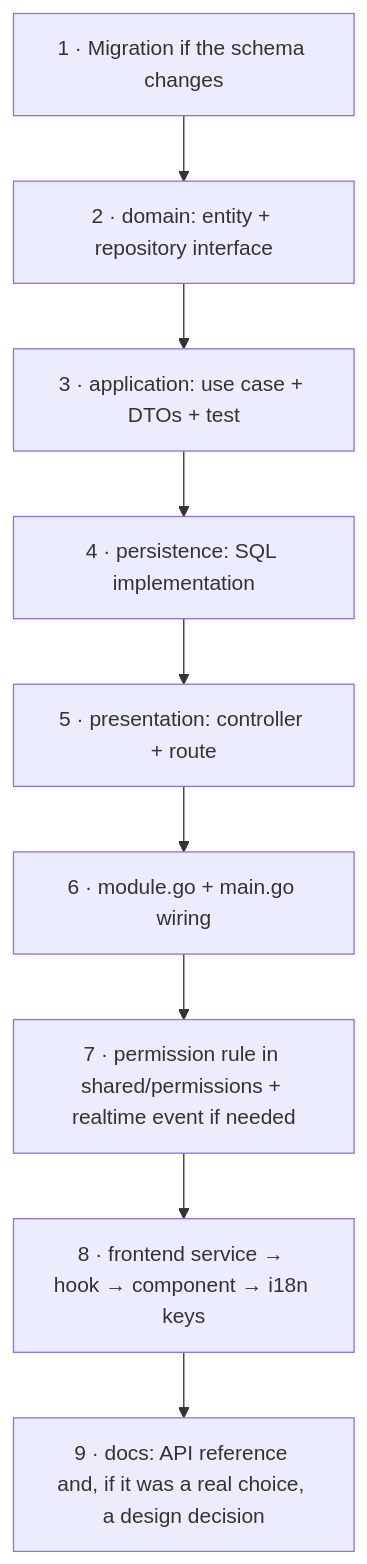
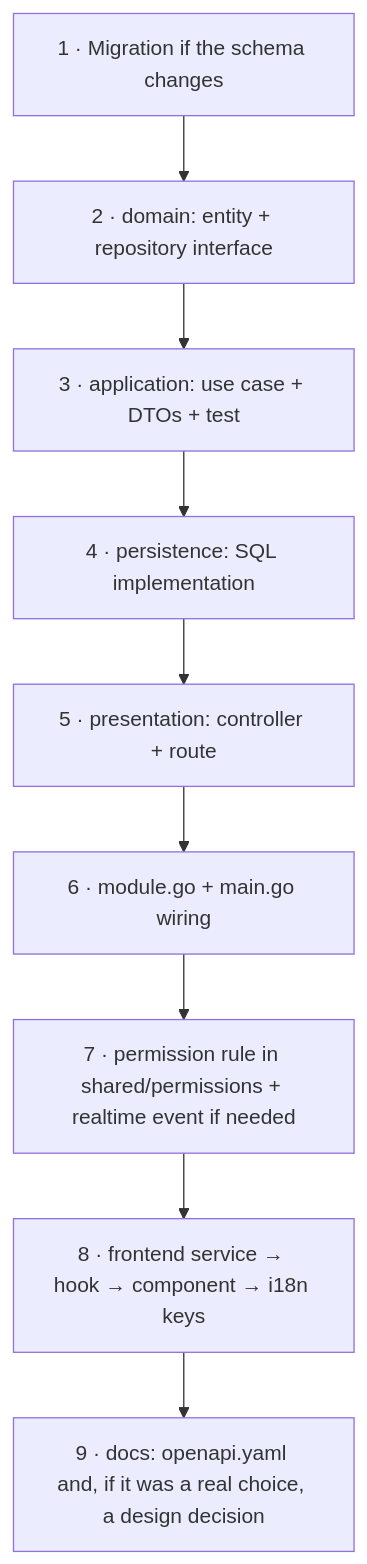
One commit to TonyGLL/webchat changed the second of 2 diagrams in docs/en/contributing.md. Above: the diagram before and after it, drawn with Mermaid. The commit also changed other lines of this file and 15 other files, not shown here.

Commit message:
OpenAPI 3.1 contract served with Scalar at /docs (roadmap phase 6)

````diff
--- a/docs/en/contributing.md
+++ b/docs/en/contributing.md
@@ -55,11 +56,11 @@
 ```mermaid
 flowchart TB
     S1[1 · Migration if the schema changes] --> S2[2 · domain: entity + repository interface]
     S2 --> S3[3 · application: use case + DTOs + test]
     S3 --> S4[4 · persistence: SQL implementation]
     S4 --> S5[5 · presentation: controller + route]
     S5 --> S6[6 · module.go + main.go wiring]
     S6 --> S7[7 · permission rule in shared/permissions + realtime event if needed]
     S7 --> S8[8 · frontend service → hook → component → i18n keys]
-    S8 --> S9[9 · docs: API reference and, if it was a real choice, a design decision]
+    S8 --> S9[9 · docs: openapi.yaml and, if it was a real choice, a design decision]
 ```
````
